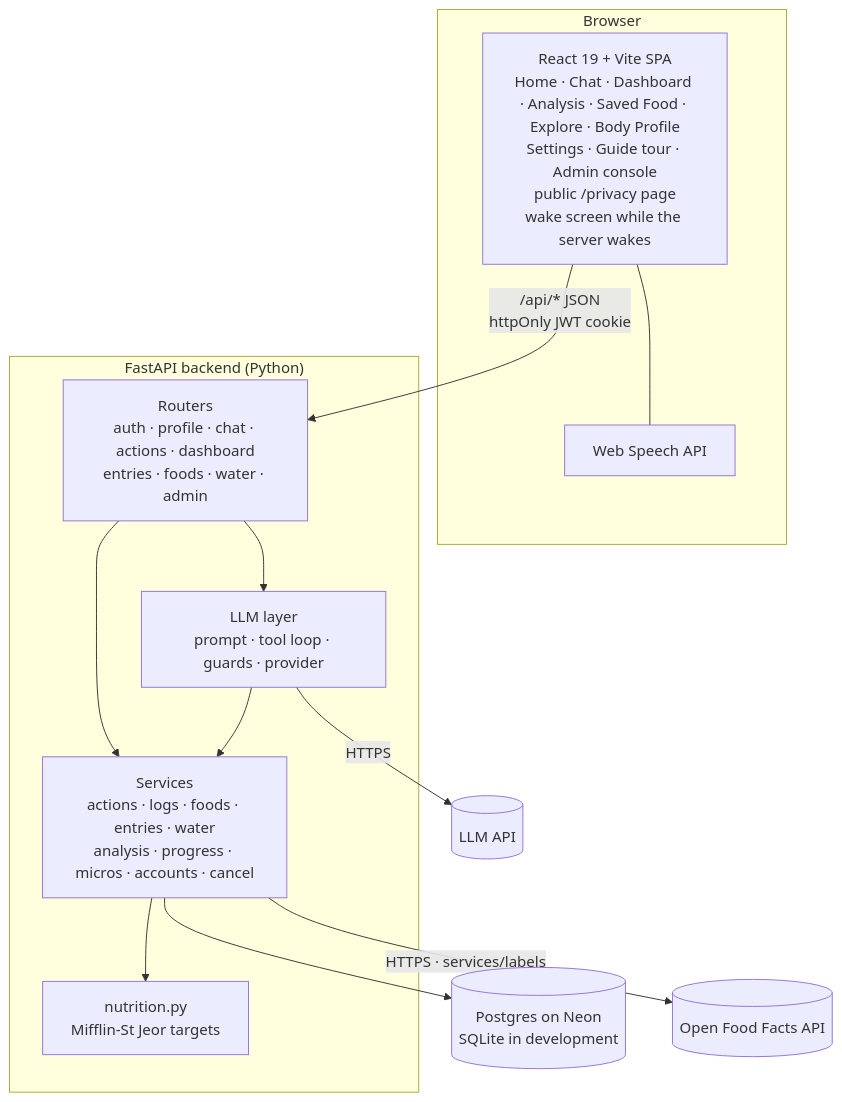
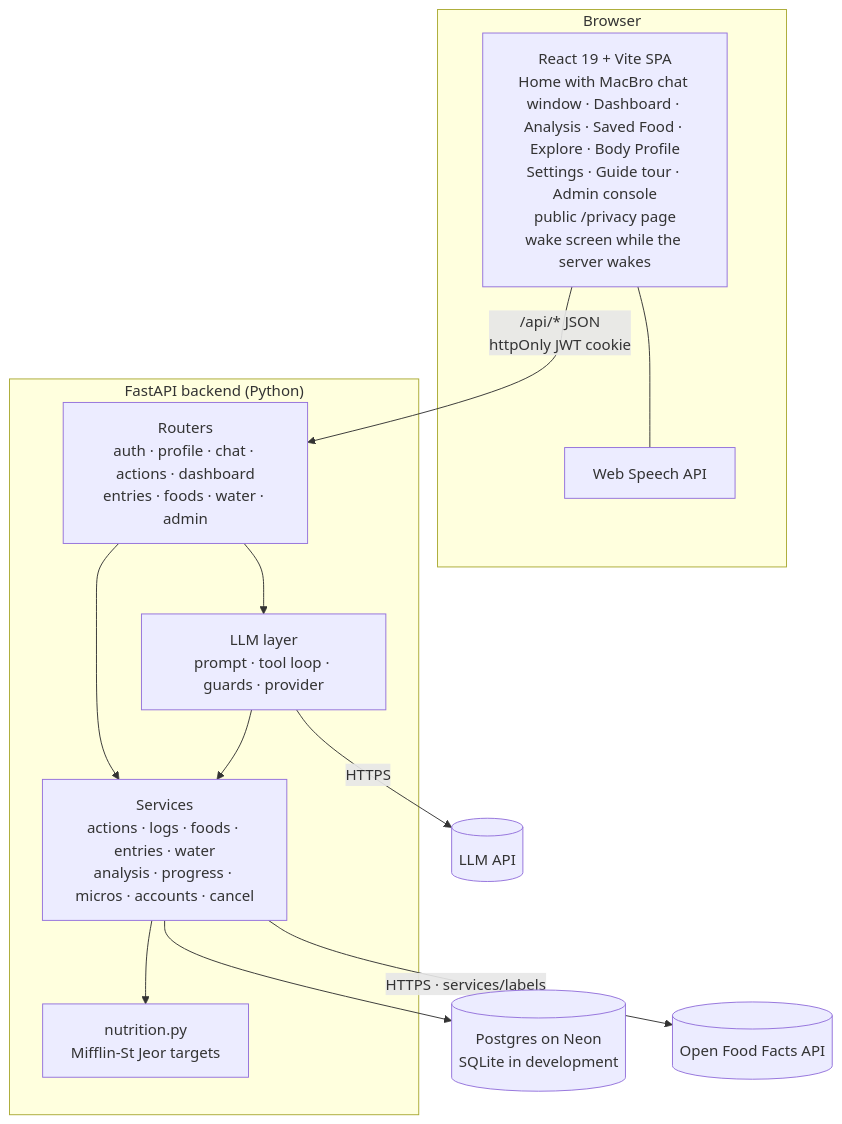
Before and after one commit to NeoAnushka21/tracker_poc: the second of 11 diagrams in docs/hld.md, drawn with Mermaid. The commit also changed other lines of this file and 15 other files, not shown here.

First line of the commit message:
Saved Food tabs (Generic / Branded / My Recipes); chat becomes a window opened from Home

````diff
--- a/docs/hld.md
+++ b/docs/hld.md
@@ -40,28 +40,28 @@
 ```mermaid
 flowchart TB
     subgraph Browser
-        SPA[React 19 + Vite SPA<br/>Home · Chat · Dashboard · Analysis · Saved Food · Explore · Body Profile<br/>Settings · Guide tour · Admin console<br/>public /privacy page<br/>wake screen while the server wakes]
+        SPA[React 19 + Vite SPA<br/>Home with MacBro chat window · Dashboard · Analysis · Saved Food · Explore · Body Profile<br/>Settings · Guide tour · Admin console<br/>public /privacy page<br/>wake screen while the server wakes]
         STT[Web Speech API]
         SPA --- STT
     end
 
     subgraph Server["FastAPI backend (Python)"]
         R[Routers<br/>auth · profile · chat · actions · dashboard<br/>entries · foods · water · admin]
         L[LLM layer<br/>prompt · tool loop · guards · provider]
         S[Services<br/>actions · logs · foods · entries · water<br/>analysis · progress · micros · accounts · cancel]
         N[nutrition.py<br/>Mifflin-St Jeor targets]
         R --> L
         R --> S
         L --> S
         S --> N
     end
 
     DB[(Postgres on Neon<br/>SQLite in development)]
     LLM[(LLM API)]
     OFF[(Open Food Facts API)]
 
     SPA -->|/api/* JSON<br/>httpOnly JWT cookie| R
     S --> DB
     L -->|HTTPS| LLM
     S -->|HTTPS · services/labels| OFF
 ```
````
